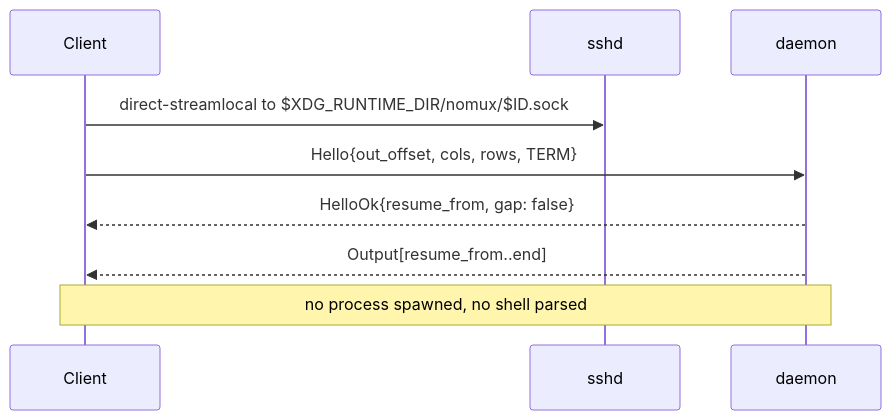
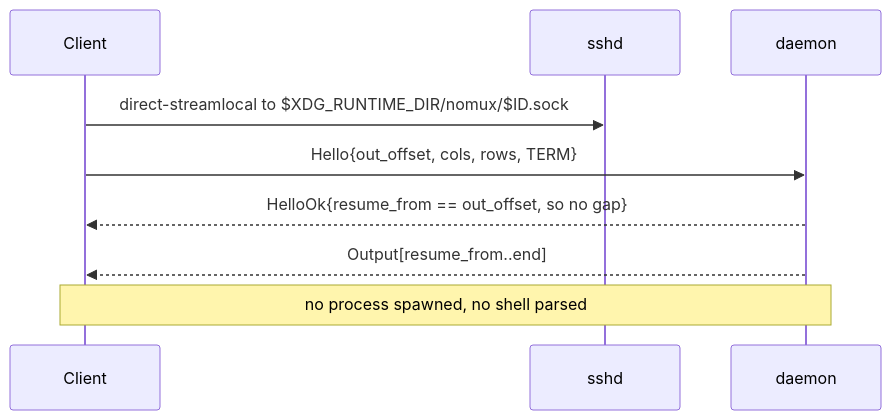
One commit to fornwall/nomux changed the third of 4 diagrams in DESIGN.md. Above: the diagram before and after it, drawn with Mermaid. The commit also changed other lines of this file and 38 other files, not shown here.

````diff
--- a/DESIGN.md
+++ b/DESIGN.md
@@ -210,11 +237,11 @@
 ```mermaid
 sequenceDiagram
   participant C as Client
   participant S as sshd
   participant D as daemon
   C->>S: direct-streamlocal to $XDG_RUNTIME_DIR/nomux/$ID.sock
   C->>D: Hello{out_offset, cols, rows, TERM}
-  D-->>C: HelloOk{resume_from, gap: false}
+  D-->>C: HelloOk{resume_from == out_offset, so no gap}
   D-->>C: Output[resume_from..end]
   Note over C,D: no process spawned, no shell parsed
 ```
````
